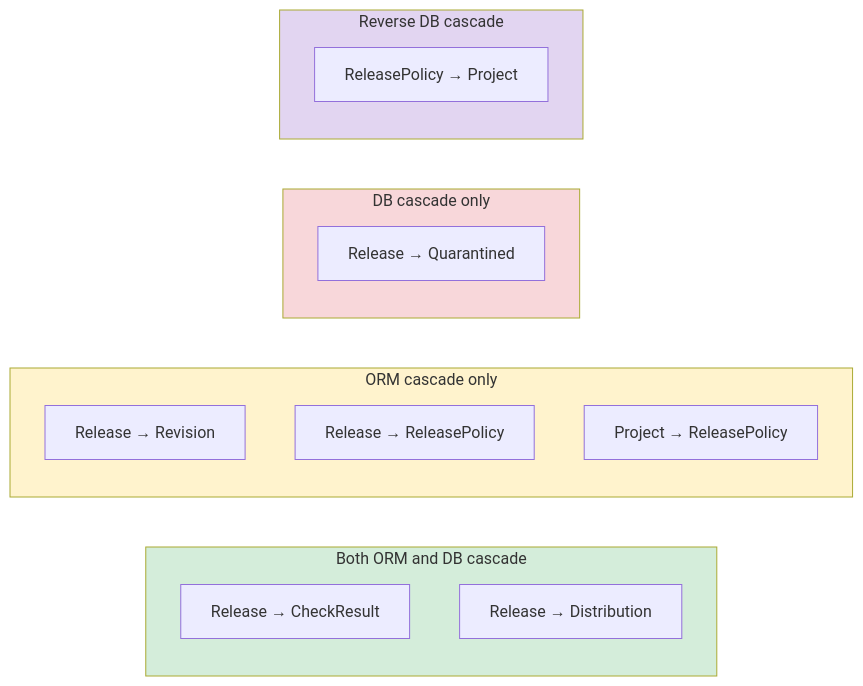
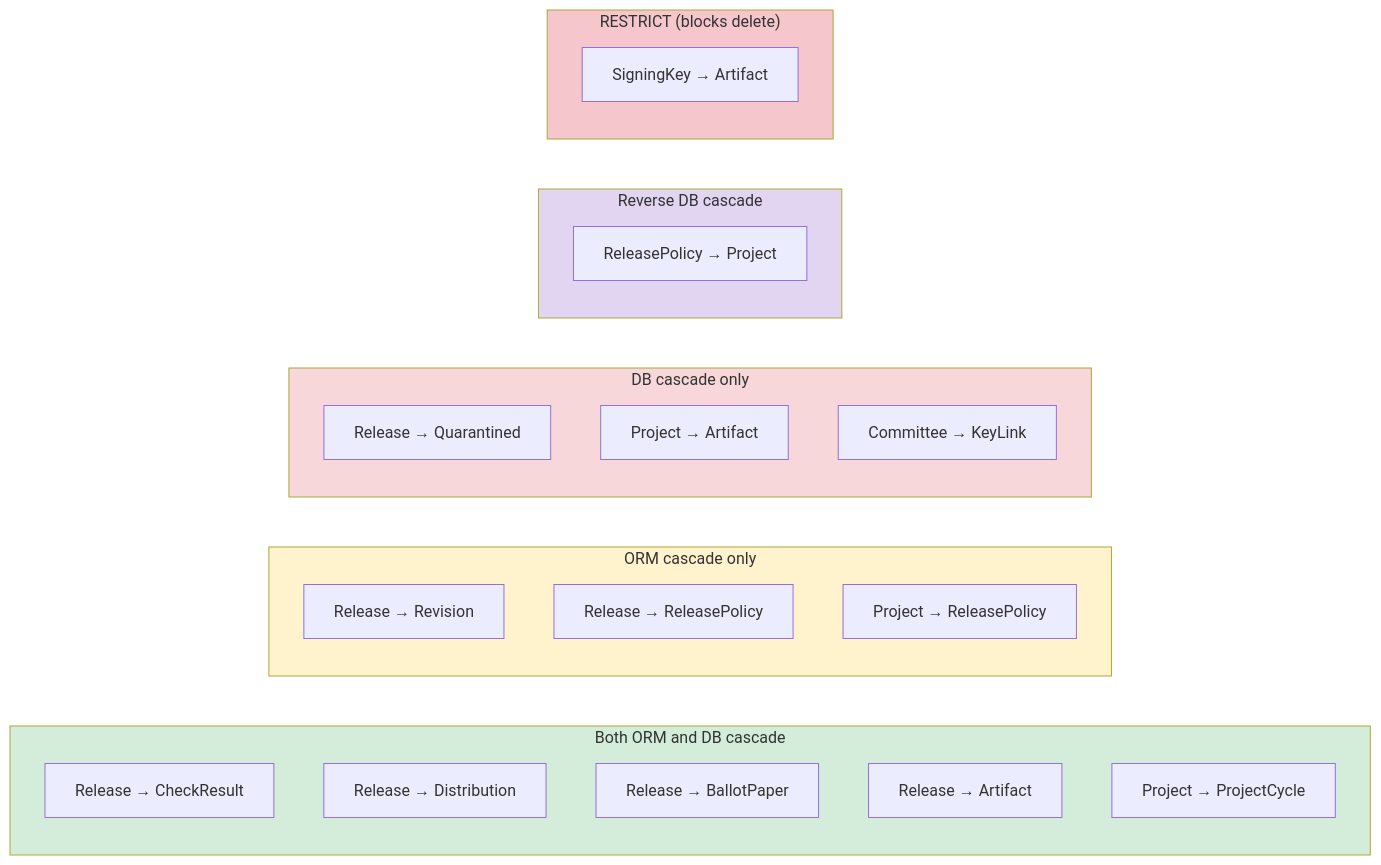
One commit to apache/tooling-trusted-releases changed the third of 3 diagrams in atr/docs/database.md. Above: the diagram before and after it, drawn with Mermaid. The commit also changed other lines of this file, not shown here.

````diff
--- a/atr/docs/database.md
+++ b/atr/docs/database.md
@@ -177,23 +207,32 @@
 ```mermaid
 flowchart LR
     subgraph both ["Both ORM and DB cascade"]
         CR["Release → CheckResult"]
         DI["Release → Distribution"]
+        BP["Release → BallotPaper"]
+        AR["Release → Artifact"]
+        PC["Project → ProjectCycle"]
     end
     subgraph orm_only ["ORM cascade only"]
         RV["Release → Revision"]
         RP["Release → ReleasePolicy"]
         PP["Project → ReleasePolicy"]
     end
     subgraph db_only ["DB cascade only"]
         QR["Release → Quarantined"]
+        PA["Project → Artifact"]
+        CK["Committee → KeyLink"]
     end
     subgraph reverse ["Reverse DB cascade"]
         RPP["ReleasePolicy → Project"]
+    end
+    subgraph restrict ["RESTRICT (blocks delete)"]
+        SKA["SigningKey → Artifact"]
     end
 
     style both fill:#d4edda
     style orm_only fill:#fff3cd
     style db_only fill:#f8d7da
     style reverse fill:#e2d5f1
+    style restrict fill:#f5c6cb
 ```
````
